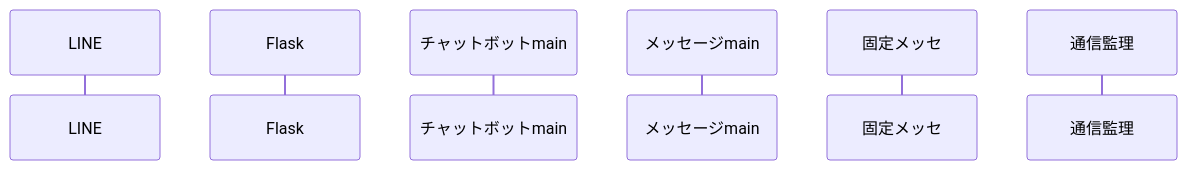
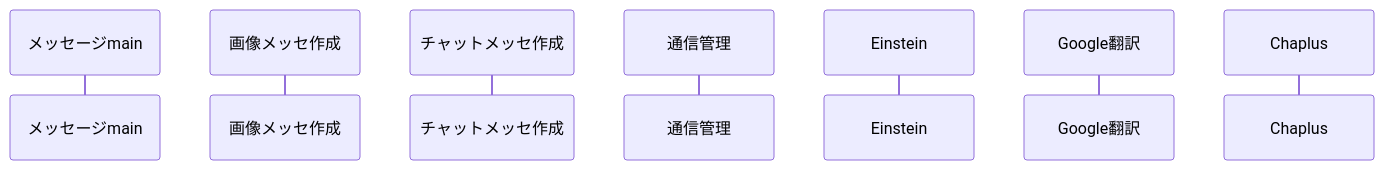
Before and after one commit to ryoono/girlfriend_bot: the fourth of 4 diagrams in InternalDesign/README.md, drawn with Mermaid. The commit also changed other lines of this file, not shown here.

Commit message:
シーケンス図の要素確定

````diff
--- a/InternalDesign/README.md
+++ b/InternalDesign/README.md
@@ -61,9 +113,10 @@
-<div class="mermaid">
+```mermaid
 sequenceDiagram
-    participant LINE as LINE
-    participant Flask as Flask
-    participant chatbot_main as チャットボットmain
     participant message_main as メッセージmain
-    participant fix_message as 固定メッセ
-    participant terminal_mng as 通信監理
-</div>
+    participant image_message as 画像メッセ作成
+    participant chat_message as チャットメッセ作成
+    participant terminal_mng as 通信管理
+    participant einstein_webAPI as Einstein
+    participant translation_webAPI as Google翻訳
+    participant chaplus_webAPI as Chaplus
+```
````
